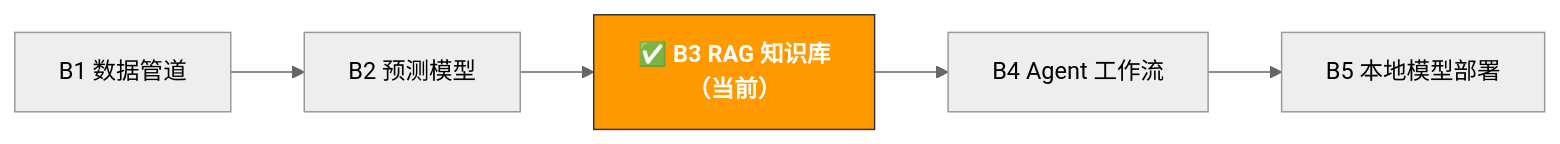
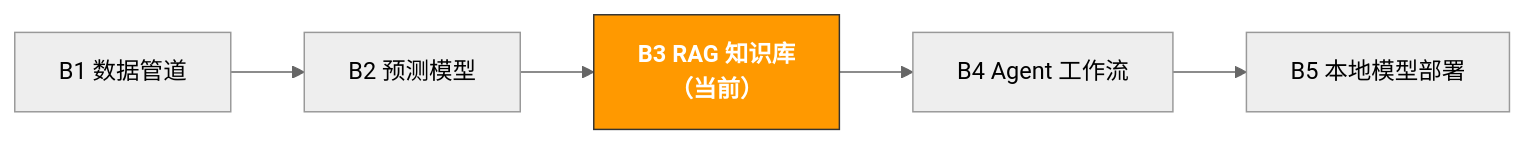
The diagram in en/paths/b-developers/b3-rag-knowledge-base.md (kangise/ecommerce-ai-roadmap), drawn with Mermaid (neutral theme) before and after one commit. The commit also changed other lines of this file and 185 other files, not shown here.

````diff
--- a/en/paths/b-developers/b3-rag-knowledge-base.md
+++ b/en/paths/b-developers/b3-rag-knowledge-base.md
@@ -14,13 +14,13 @@
 ```mermaid
 flowchart LR
-    B1["B1 数据管道"]
-    B1 --> B2
-    B2["B2 预测模型"]
-    B2 --> B3
-    B3["✅ B3 RAG 知识库<br/>（当前）"]:::current
-    B3 --> B4
-    B4["B4 Agent 工作流"]
-    B4 --> B5
-    B5["B5 本地模型部署"]
-    classDef current fill:#ff9900,stroke:#333,color:#fff,font-weight:bold
+B1["B1 数据管道"]
+B1 --> B2
+B2["B2 预测模型"]
+B2 --> B3
+B3[" B3 RAG 知识库<br/>（当前）"]:::current
+B3 --> B4
+B4["B4 Agent 工作流"]
+B4 --> B5
+B5["B5 本地模型部署"]
+classDef current fill:#ff9900,stroke:#333,color:#fff,font-weight:bold
 ```
````
